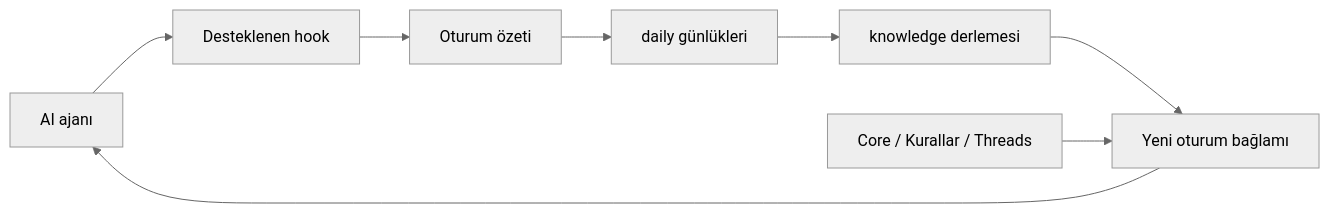
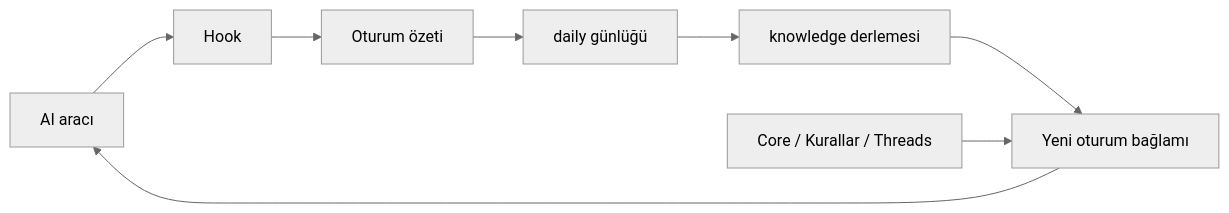
The diagram in README.md (respected0/respected-brain), drawn with Mermaid (neutral theme) before and after one commit. The commit also changed other lines of this file and 89 other files, not shown here.

````diff
--- a/README.md
+++ b/README.md
@@ -21,10 +23,10 @@
 ```mermaid
 flowchart LR
-    A[AI ajanı] --> H[Desteklenen hook]
+    A[AI aracı] --> H[Hook]
     H --> F[Oturum özeti]
-    F --> D[daily günlükleri]
+    F --> D[daily günlüğü]
     D --> K[knowledge derlemesi]
     K --> C[Yeni oturum bağlamı]
     V[Core / Kurallar / Threads] --> C
     C --> A
 ```
````
